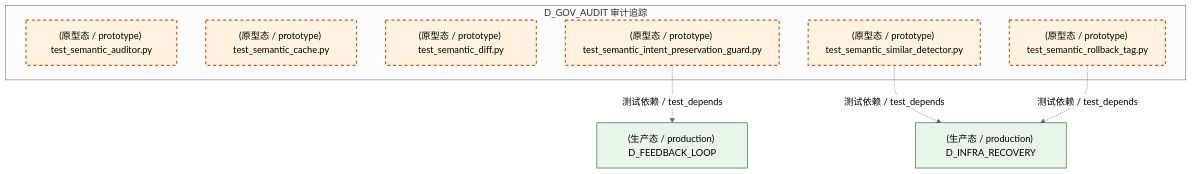
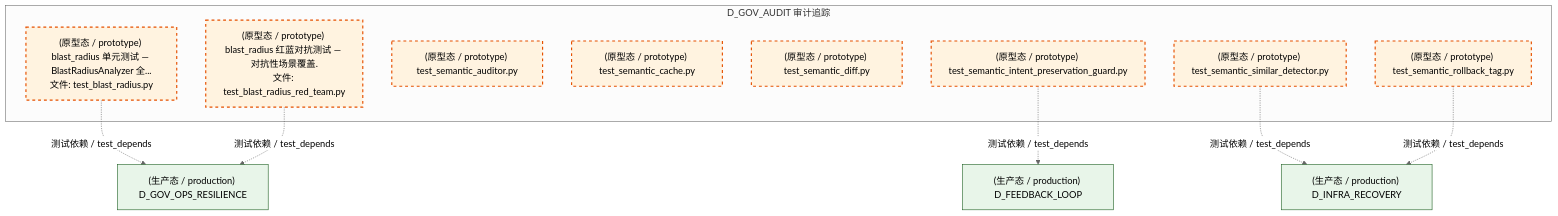
One commit to xuanFelixVan/ZephyrAlpha changed the tenth of 14 diagrams in docs/02_enterprise_architecture/02_domain_architecture_docs/39_d_gov_audit.md. Above: the diagram before and after it, drawn with Mermaid (neutral theme). The commit also changed other lines of this file and 125 other files, not shown here.

````diff
--- a/docs/02_enterprise_architecture/02_domain_architecture_docs/39_d_gov_audit.md
+++ b/docs/02_enterprise_architecture/02_domain_architecture_docs/39_d_gov_audit.md
@@ -967,22 +970,27 @@
 ```mermaid
 graph TD
     subgraph D_GOV_AUDIT["D_GOV_AUDIT 审计追踪"]
+        tests_semantic_auditor_test_blast_radius_py["(原型态 / prototype) blast_radius 单元测试 — BlastRadiusAnalyzer 全...<br/>文件: test_blast_radius.py"]
+        tests_semantic_auditor_test_blast_radius_red_team_py["(原型态 / prototype) blast_radius 红蓝对抗测试 — 对抗性场景覆盖.<br/>文件: test_blast_radius_red_team.py"]
         tests_semantic_auditor_test_semantic_auditor_py["(原型态 / prototype) test_semantic_auditor.py"]
         tests_semantic_auditor_test_semantic_cache_py["(原型态 / prototype) test_semantic_cache.py"]
         tests_semantic_auditor_test_semantic_diff_py["(原型态 / prototype) test_semantic_diff.py"]
         tests_semantic_auditor_test_semantic_intent_preservation_guard_py["(原型态 / prototype) test_semantic_intent_preservation_guard.py"]
         tests_semantic_auditor_test_semantic_rollback_tag_py["(原型态 / prototype) test_semantic_rollback_tag.py"]
         tests_semantic_auditor_test_semantic_similar_detector_py["(原型态 / prototype) test_semantic_similar_detector.py"]
     end
+    D_GOV_OPS_RESILIENCE["(生产态 / production) D_GOV_OPS_RESILIENCE"]
+    tests_semantic_auditor_test_blast_radius_py -.->|测试依赖 / test_depends| D_GOV_OPS_RESILIENCE
+    D_FEEDBACK_LOOP["(生产态 / production) D_FEEDBACK_LOOP"]
+    tests_semantic_auditor_test_semantic_intent_preservation_guard_py -.->|测试依赖 / test_depends| D_FEEDBACK_LOOP
     D_INFRA_RECOVERY["(生产态 / production) D_INFRA_RECOVERY"]
     tests_semantic_auditor_test_semantic_similar_detector_py -.->|测试依赖 / test_depends| D_INFRA_RECOVERY
-    D_FEEDBACK_LOOP["(生产态 / production) D_FEEDBACK_LOOP"]
-    tests_semantic_auditor_test_semantic_intent_preservation_guard_py -.->|测试依赖 / test_depends| D_FEEDBACK_LOOP
+    tests_semantic_auditor_test_blast_radius_red_team_py -.->|测试依赖 / test_depends| D_GOV_OPS_RESILIENCE
     tests_semantic_auditor_test_semantic_rollback_tag_py -.->|测试依赖 / test_depends| D_INFRA_RECOVERY
     classDef production fill:#e1f5fe,stroke:#01579b,stroke-width:2px,color:#000
     classDef design fill:#fff3e0,stroke:#e65100,stroke-width:2px,color:#000,stroke-dasharray: 5 5
     classDef external_prod fill:#e8f5e9,stroke:#1b5e20,stroke-width:1px,color:#000
     classDef external_design fill:#fce4ec,stroke:#880e4f,stroke-width:1px,color:#000,stroke-dasharray: 5 5
-    class tests_semantic_auditor_test_semantic_auditor_py,tests_semantic_auditor_test_semantic_cache_py,tests_semantic_auditor_test_semantic_diff_py,tests_semantic_auditor_test_semantic_intent_preservation_guard_py,tests_semantic_auditor_test_semantic_rollback_tag_py,tests_semantic_auditor_test_semantic_similar_detector_py design
-    class D_INFRA_RECOVERY,D_FEEDBACK_LOOP external_prod
+    class tests_semantic_auditor_test_blast_radius_py,tests_semantic_auditor_test_blast_radius_red_team_py,tests_semantic_auditor_test_semantic_auditor_py,tests_semantic_auditor_test_semantic_cache_py,tests_semantic_auditor_test_semantic_diff_py,tests_semantic_auditor_test_semantic_intent_preservation_guard_py,tests_semantic_auditor_test_semantic_rollback_tag_py,tests_semantic_auditor_test_semantic_similar_detector_py design
+    class D_GOV_OPS_RESILIENCE,D_FEEDBACK_LOOP,D_INFRA_RECOVERY external_prod
 ```
````
